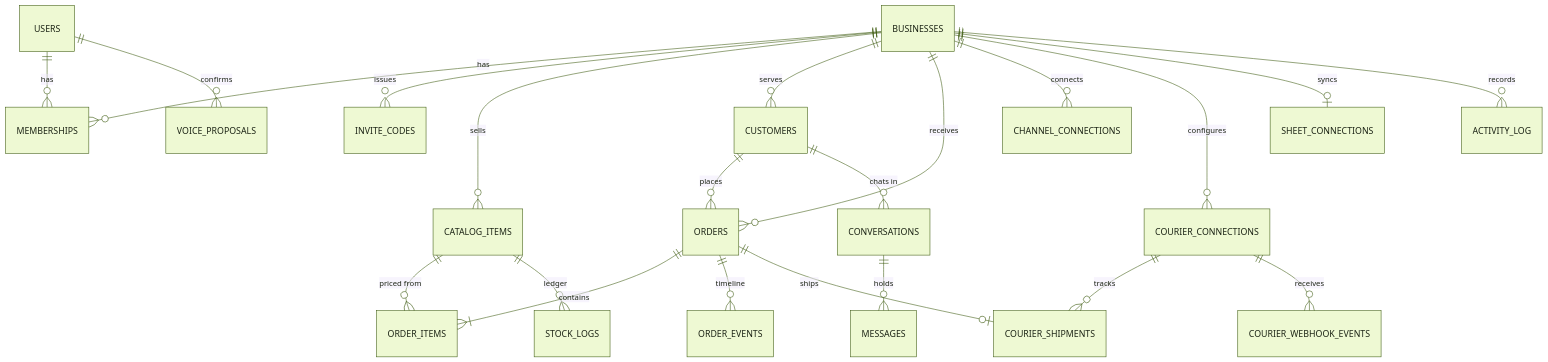
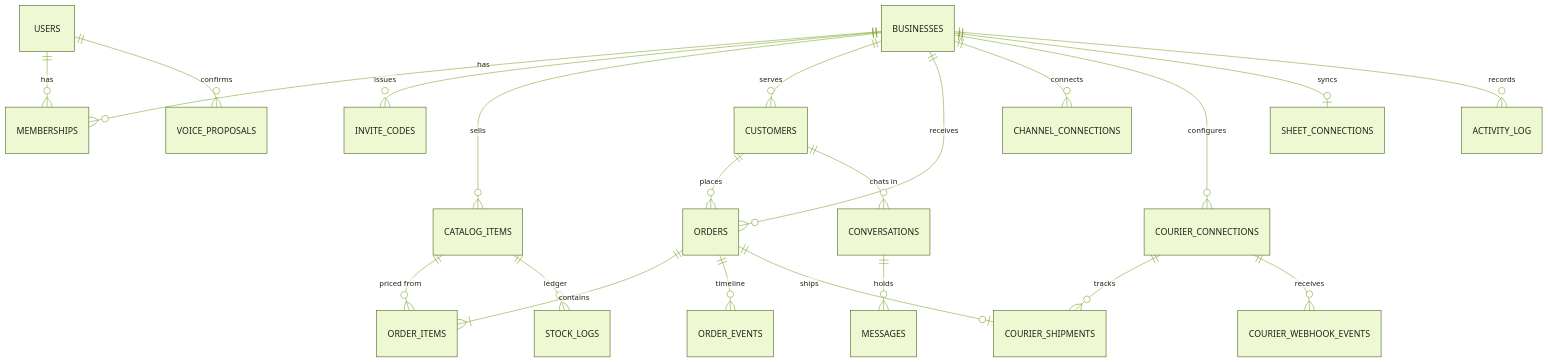
One commit to AaliyaKhan25/factor changed the fourth of 4 diagrams in README.md. Above: the diagram before and after it, drawn with Mermaid. The commit also changed other lines of this file, not shown here.

````diff
--- a/README.md
+++ b/README.md
@@ -300,25 +300,25 @@
 ```mermaid
-%%{init: {'theme':'base','themeVariables':{'primaryColor':'#eef9d3','primaryTextColor':'#1c2415','primaryBorderColor':'#3d5a0f','lineColor':'#3d5a0f','fontFamily':'Inter, Segoe UI, sans-serif'}}}%%
+%%{init: {'theme':'base','themeVariables':{'primaryColor':'#eef9d3','primaryTextColor':'#1c2415','primaryBorderColor':'#3d5a0f','secondaryColor':'#f7f5ee','tertiaryColor':'#ffffff','lineColor':'#7aa62a','textColor':'#1c2415','nodeTextColor':'#1c2415','edgeLabelBackground':'#f7f5ee','attributeBackgroundColorOdd':'#f7f5ee','attributeBackgroundColorEven':'#eef9d3','fontFamily':'Inter, Segoe UI, sans-serif'}}}%%
 erDiagram
   USERS ||--o{ MEMBERSHIPS : has
   BUSINESSES ||--o{ MEMBERSHIPS : has
   BUSINESSES ||--o{ INVITE_CODES : issues
   BUSINESSES ||--o{ CATALOG_ITEMS : sells
   BUSINESSES ||--o{ CUSTOMERS : serves
   BUSINESSES ||--o{ ORDERS : receives
   CUSTOMERS ||--o{ ORDERS : places
   ORDERS ||--|{ ORDER_ITEMS : contains
   CATALOG_ITEMS ||--o{ ORDER_ITEMS : "priced from"
   ORDERS ||--o{ ORDER_EVENTS : "timeline"
   CATALOG_ITEMS ||--o{ STOCK_LOGS : "ledger"
   BUSINESSES ||--o{ CHANNEL_CONNECTIONS : connects
   CUSTOMERS ||--o{ CONVERSATIONS : "chats in"
   CONVERSATIONS ||--o{ MESSAGES : holds
   BUSINESSES ||--o{ COURIER_CONNECTIONS : configures
   ORDERS ||--o| COURIER_SHIPMENTS : ships
   COURIER_CONNECTIONS ||--o{ COURIER_SHIPMENTS : tracks
   COURIER_CONNECTIONS ||--o{ COURIER_WEBHOOK_EVENTS : receives
   BUSINESSES ||--o| SHEET_CONNECTIONS : syncs
   BUSINESSES ||--o{ ACTIVITY_LOG : records
   USERS ||--o{ VOICE_PROPOSALS : confirms
 ```
````
